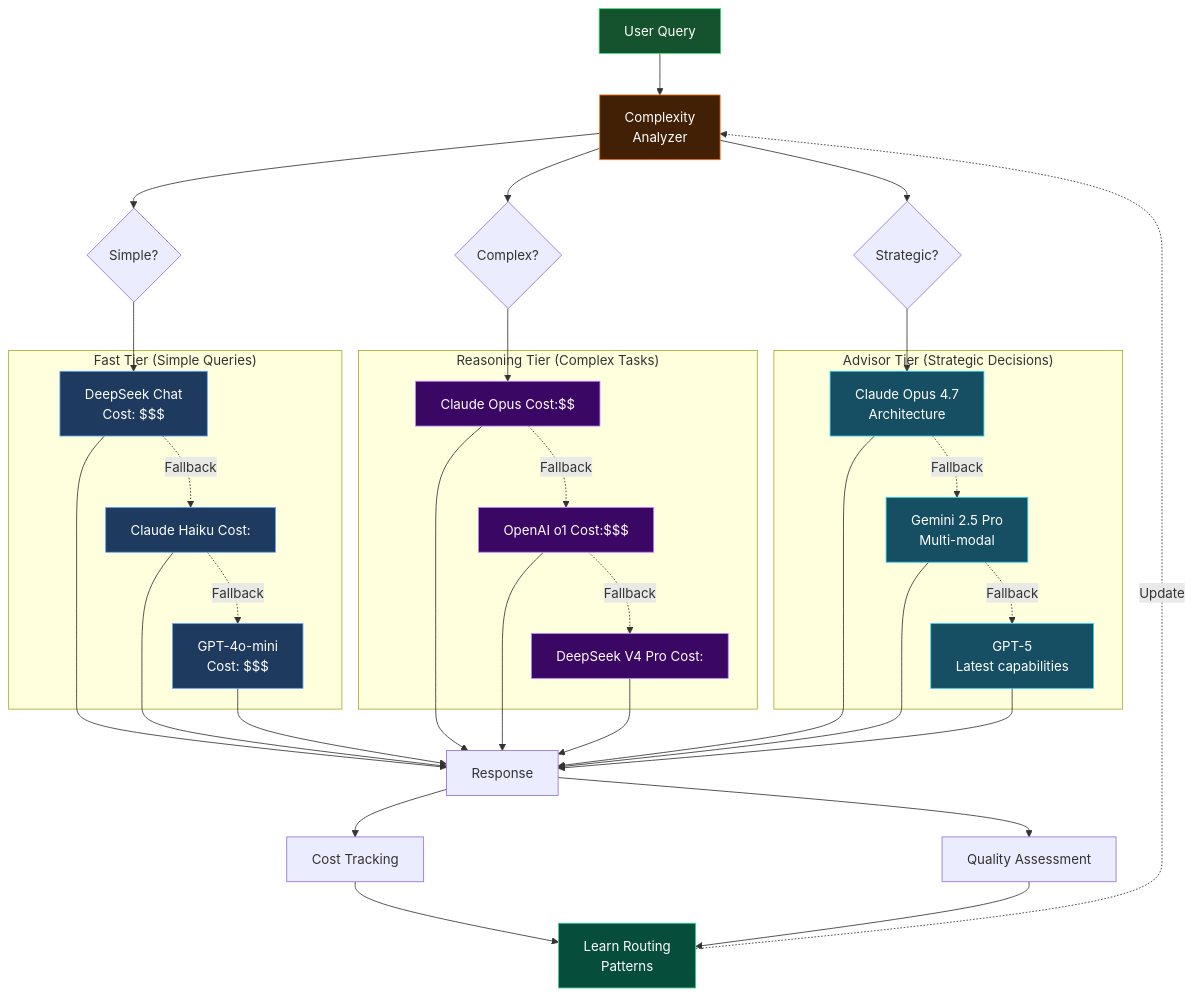
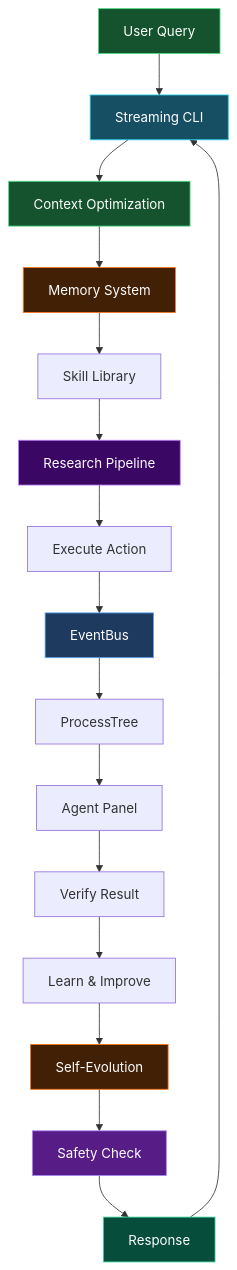
Before and after one commit to ndqkhanh/lyra: the seventh of 9 diagrams in docs/ARCHITECTURE_DIAGRAMS.md, drawn with Mermaid. The commit also changed other lines of this file, not shown here.

First line of the commit message:
docs: Update ARCHITECTURE_DIAGRAMS.md with all 5 completed plans

````diff
--- a/docs/ARCHITECTURE_DIAGRAMS.md
+++ b/docs/ARCHITECTURE_DIAGRAMS.md
@@ -283,62 +385,32 @@
 ```mermaid
 graph TB
-    QUERY[User Query] --> COMPLEXITY[Complexity<br/>Analyzer]
+    USER[User Query] --> CLI[Streaming CLI]
     
-    COMPLEXITY --> SIMPLE{Simple?}
-    COMPLEXITY --> COMPLEX{Complex?}
-    COMPLEXITY --> STRATEGIC{Strategic?}
+    CLI --> CONTEXT[Context Optimization]
+    CONTEXT --> MEMORY[Memory System]
+    MEMORY --> SKILLS[Skill Library]
+    SKILLS --> RESEARCH[Research Pipeline]
     
-    subgraph "Fast Tier (Simple Queries)"
-        F1[DeepSeek Chat<br/>Cost: $$$]
-        F2[Claude Haiku<br/>Cost: $$$$]
-        F3[GPT-4o-mini<br/>Cost: $$$]
-    end
+    RESEARCH --> EXECUTE[Execute Action]
+    EXECUTE --> EVENTS[EventBus]
+    EVENTS --> PROCESS[ProcessTree]
+    PROCESS --> DISPLAY[Agent Panel]
     
-    subgraph "Reasoning Tier (Complex Tasks)"
-        R1[Claude Opus<br/>Cost: $$$$$$]
-        R2[OpenAI o1<br/>Cost: $$$$$$$]
-        R3[DeepSeek V4 Pro<br/>Cost: $$$$]
-    end
+    DISPLAY --> VERIFY[Verify Result]
+    VERIFY --> LEARN[Learn & Improve]
+    LEARN --> EVOLVE[Self-Evolution]
+    EVOLVE --> SAFETY[Safety Check]
     
-    subgraph "Advisor Tier (Strategic Decisions)"
-        A1[Claude Opus 4.7<br/>Architecture]
-        A2[Gemini 2.5 Pro<br/>Multi-modal]
-        A3[GPT-5<br/>Latest capabilities]
-    end
+    SAFETY --> RESPONSE[Response]
+    RESPONSE --> CLI
     
-    SIMPLE --> F1
-    F1 -.Fallback.-> F2
-    F2 -.Fallback.-> F3
-    
-    COMPLEX --> R1
-    R1 -.Fallback.-> R2
-    R2 -.Fallback.-> R3
-    
-    STRATEGIC --> A1
-    A1 -.Fallback.-> A2
-    A2 -.Fallback.-> A3
-    
-    F1 & F2 & F3 --> RESULT[Response]
-    R1 & R2 & R3 --> RESULT
-    A1 & A2 & A3 --> RESULT
-    
-    RESULT --> COST[Cost Tracking]
-    RESULT --> QUALITY[Quality Assessment]
-    
-    COST --> LEARN[Learn Routing<br/>Patterns]
-    QUALITY --> LEARN
-    LEARN -.Update.-> COMPLEXITY
-    
-    style QUERY fill:#14532d,stroke:#4ade80,color:#fff
-    style COMPLEXITY fill:#422006,stroke:#f97316,color:#fff
-    style F1 fill:#1e3a5f,stroke:#60a5fa,color:#fff
-    style F2 fill:#1e3a5f,stroke:#60a5fa,color:#fff
-    style F3 fill:#1e3a5f,stroke:#60a5fa,color:#fff
-    style R1 fill:#3b0764,stroke:#c084fc,color:#fff
-    style R2 fill:#3b0764,stroke:#c084fc,color:#fff
-    style R3 fill:#3b0764,stroke:#c084fc,color:#fff
-    style A1 fill:#164e63,stroke:#22d3ee,color:#fff
-    style A2 fill:#164e63,stroke:#22d3ee,color:#fff
-    style A3 fill:#164e63,stroke:#22d3ee,color:#fff
-    style LEARN fill:#064e3b,stroke:#34d399,color:#fff
+    style USER fill:#14532d,stroke:#4ade80,color:#fff
+    style CLI fill:#164e63,stroke:#22d3ee,color:#fff
+    style CONTEXT fill:#14532d,stroke:#4ade80,color:#fff
+    style MEMORY fill:#422006,stroke:#f97316,color:#fff
+    style RESEARCH fill:#3b0764,stroke:#c084fc,color:#fff
+    style EVENTS fill:#1e3a5f,stroke:#60a5fa,color:#fff
+    style EVOLVE fill:#422006,stroke:#f97316,color:#fff
+    style SAFETY fill:#581c87,stroke:#a78bfa,color:#fff
+    style RESPONSE fill:#064e3b,stroke:#34d399,color:#fff
 ```
````
